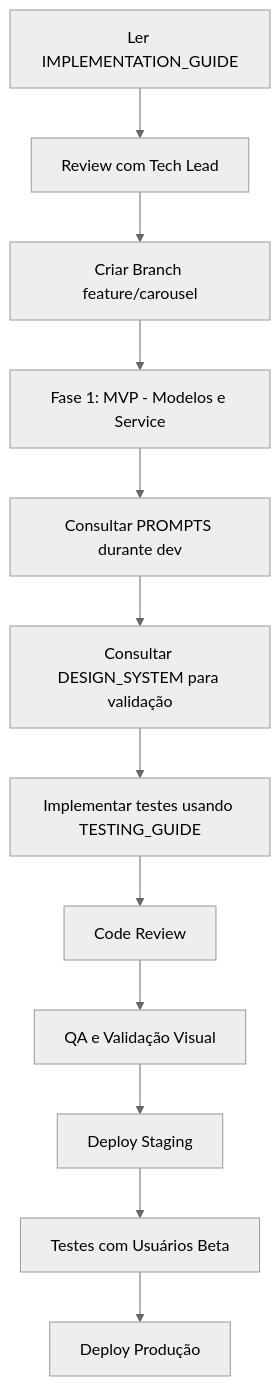
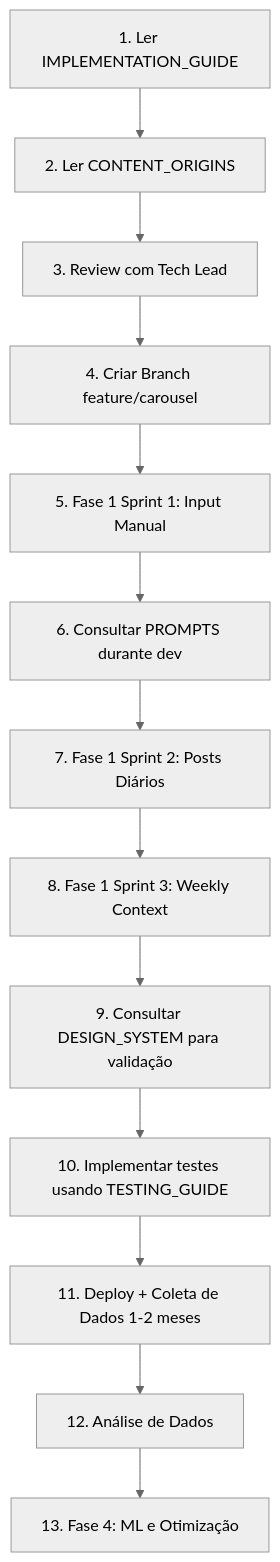
The diagram in PostNow-REST-API/CAROUSEL_INDEX.md (PostNow-AI/PostNow-REST-API), drawn with Mermaid (neutral theme) before and after one commit. The commit also changed other lines of this file and 49 other files, not shown here.

````diff
--- a/PostNow-REST-API/CAROUSEL_INDEX.md
+++ b/PostNow-REST-API/CAROUSEL_INDEX.md
@@ -107,14 +193,15 @@
 ```mermaid
 graph TD
-    A[Ler IMPLEMENTATION_GUIDE] --> B[Review com Tech Lead]
-    B --> C[Criar Branch feature/carousel]
-    C --> D[Fase 1: MVP - Modelos e Service]
-    D --> E[Consultar PROMPTS durante dev]
-    E --> F[Consultar DESIGN_SYSTEM para validação]
-    F --> G[Implementar testes usando TESTING_GUIDE]
-    G --> H[Code Review]
-    H --> I[QA e Validação Visual]
-    I --> J[Deploy Staging]
-    J --> K[Testes com Usuários Beta]
-    K --> L[Deploy Produção]
+    A[1. Ler IMPLEMENTATION_GUIDE] --> B[2. Ler CONTENT_ORIGINS]
+    B --> C[3. Review com Tech Lead]
+    C --> D[4. Criar Branch feature/carousel]
+    D --> E[5. Fase 1 Sprint 1: Input Manual]
+    E --> F[6. Consultar PROMPTS durante dev]
+    F --> G[7. Fase 1 Sprint 2: Posts Diários]
+    G --> H[8. Fase 1 Sprint 3: Weekly Context]
+    H --> I[9. Consultar DESIGN_SYSTEM para validação]
+    I --> J[10. Implementar testes usando TESTING_GUIDE]
+    J --> K[11. Deploy + Coleta de Dados 1-2 meses]
+    K --> L[12. Análise de Dados]
+    L --> M[13. Fase 4: ML e Otimização]
 ```
````
